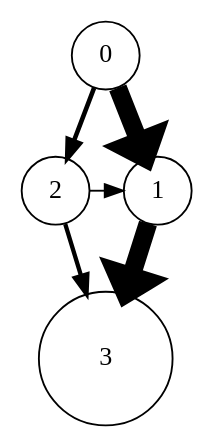
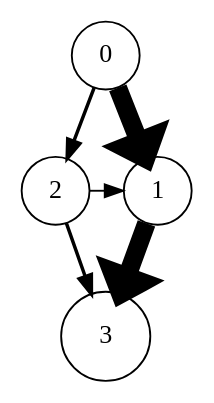
Before and after one commit to daviddesancho/fourstate: the diagram in fourstate/Mut.dot, drawn with Graphviz. The commit also changed 5 other files, not shown here.

```diff
--- a/fourstate/Mut.dot
+++ b/fourstate/Mut.dot
@@ -1,12 +1,12 @@
 strict digraph G {
-0 [shape=circle,width=0.004059];
-1 [shape=circle,width=0.002761];
-2 [shape=circle,width=0.000084];
-3 [shape=circle,width=0.993096];
+0 [shape=circle,width=0.280187];
+1 [shape=circle,width=0.050912];
+2 [shape=circle,width=0.003775];
+3 [shape=circle,width=0.665126];
 {rank=same; 1; 2;}
-0 -> 1  [penwidth=9.863692];
+0 -> 1  [penwidth=9.991562];
 2 -> 1  [penwidth=1.000000];
-0 -> 2  [penwidth=2.458310];
+0 -> 2  [penwidth=1.856730];
 1 -> 3  [penwidth=10.000000];
-2 -> 3  [penwidth=2.322002];
+2 -> 3  [penwidth=1.848292];
 }
```
